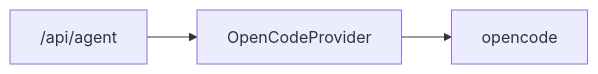
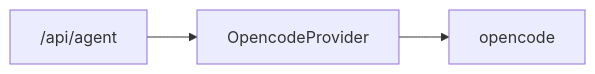
The fifth of 8 diagrams in docs/ARCHITECTURE.md (tbrandenburg/agentilogue), drawn with Mermaid before and after one commit. The commit also changed other lines of this file, not shown here.

Commit message:
docs: use lowercase opencode spelling consistently

````diff
--- a/docs/ARCHITECTURE.md
+++ b/docs/ARCHITECTURE.md
@@ -137,4 +137,4 @@
 ```mermaid
 flowchart LR
-    API["/api/agent"] --> OC["OpenCodeProvider"] --> O["opencode"]
+    API["/api/agent"] --> OC["OpencodeProvider"] --> O["opencode"]
 ```
````
